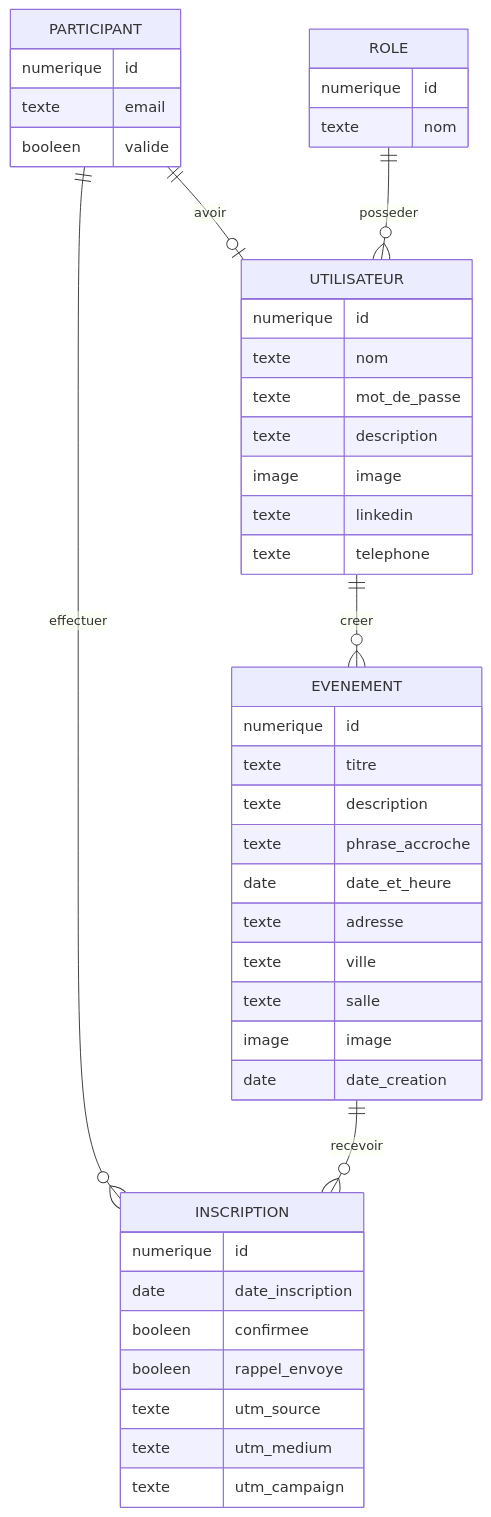
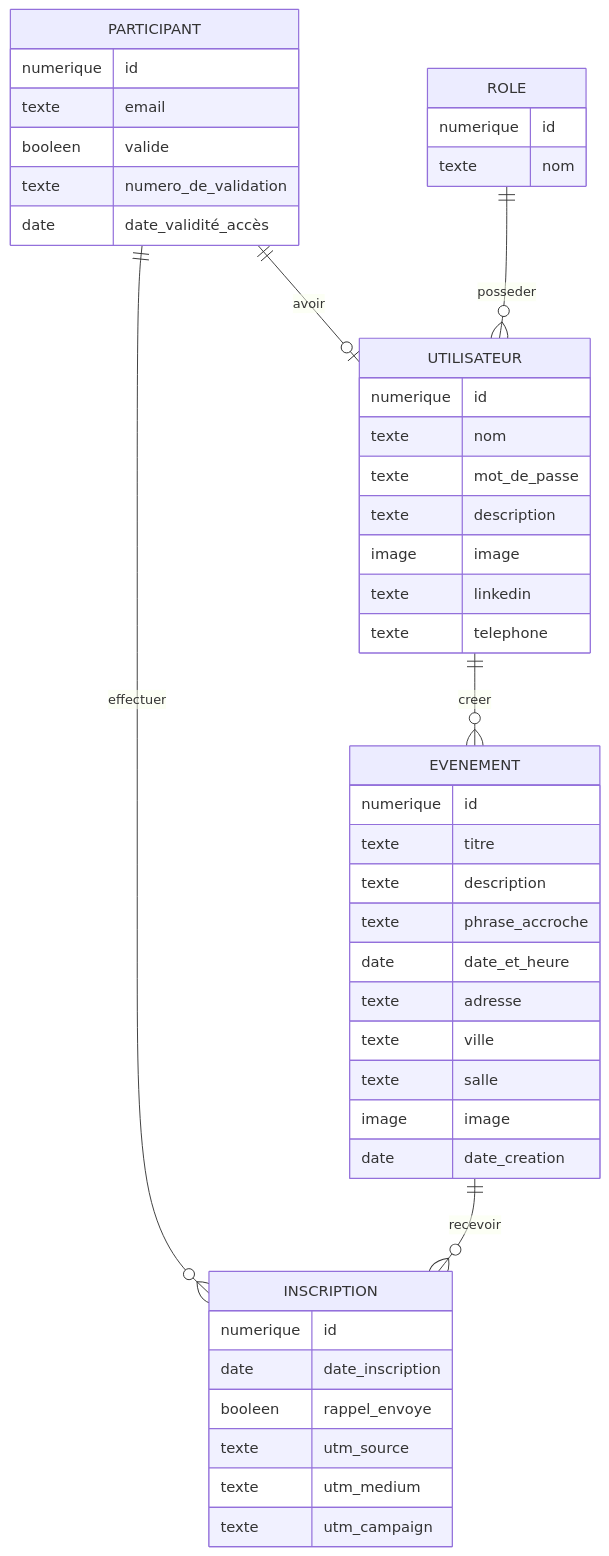
Before and after one commit to QuentinThuler/ProgServ2_Mikael-Juillet_Quentin-Thuler: the diagram in diagrams/mcd.mermaid, drawn with Mermaid. The commit also changed 2 other files, not shown here.

```diff
--- a/diagrams/mcd.mermaid
+++ b/diagrams/mcd.mermaid
@@ -1,46 +1,47 @@
 erDiagram
     PARTICIPANT {
         numerique id
         texte email
         booleen valide
+        texte numero_de_validation
+        date date_validité_accès 
     }
     UTILISATEUR {
         numerique id
         texte nom
         texte mot_de_passe
         texte description
         image image
         texte linkedin
         texte telephone
     }
     ROLE {
         numerique id
         texte nom
     }
     EVENEMENT {
         numerique id
         texte titre
         texte description
         texte phrase_accroche
         date date_et_heure
         texte adresse
         texte ville
         texte salle
         image image
         date date_creation
     }
     INSCRIPTION {
         numerique id
         date date_inscription
-        booleen confirmee
         booleen rappel_envoye
         texte utm_source
         texte utm_medium
         texte utm_campaign
     }
 
     PARTICIPANT ||--o| UTILISATEUR : "avoir"
     ROLE ||--o{ UTILISATEUR : "posseder"
     UTILISATEUR ||--o{ EVENEMENT : "creer"
     PARTICIPANT ||--o{ INSCRIPTION : "effectuer"
     EVENEMENT ||--o{ INSCRIPTION : "recevoir"
```
